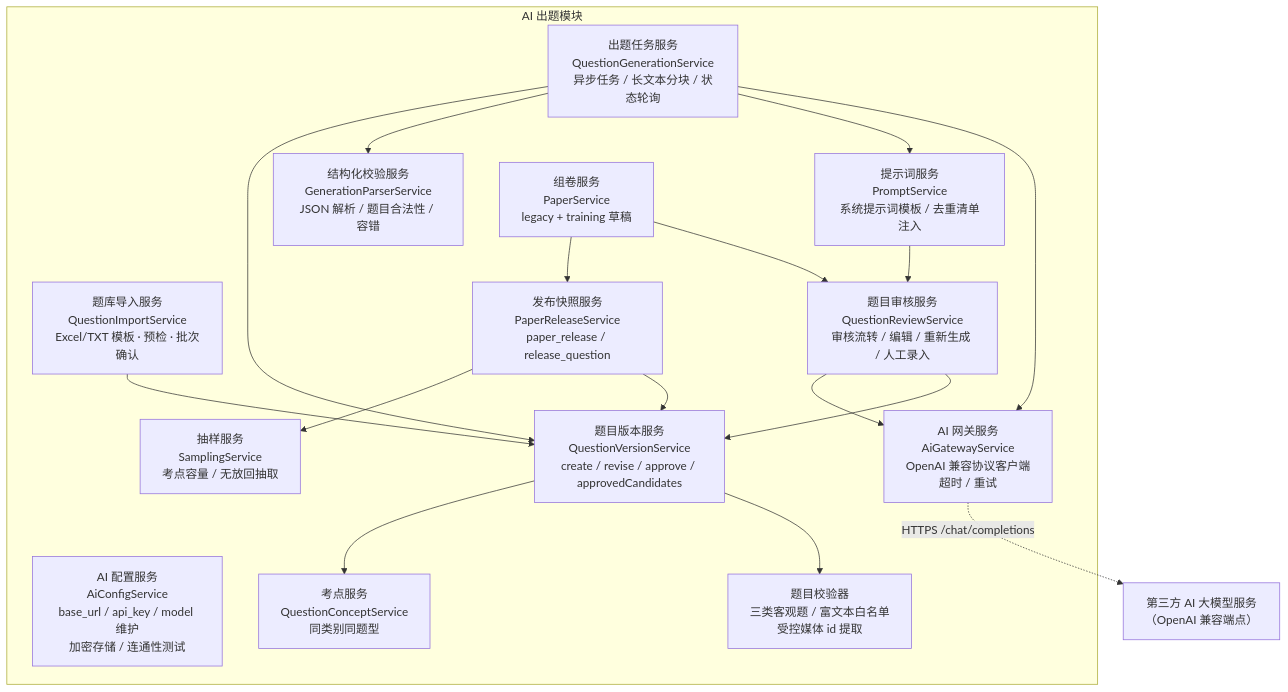
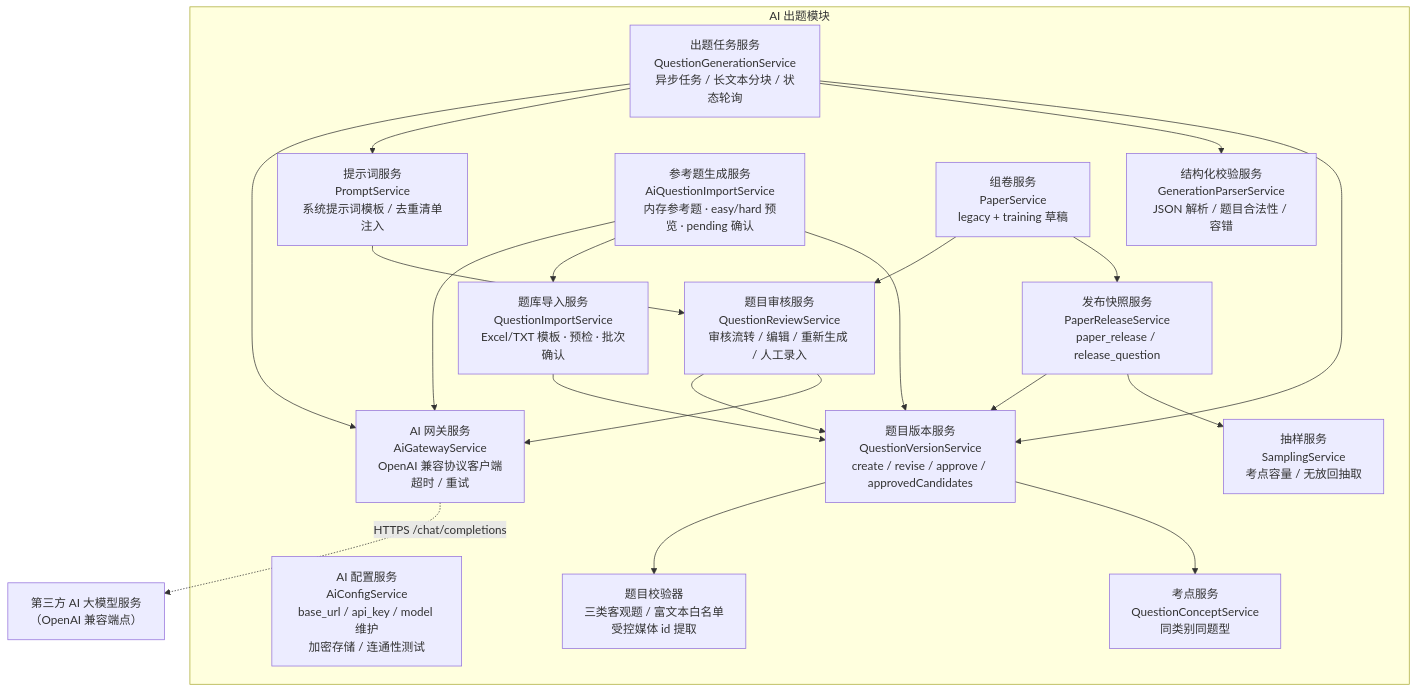
The eighth of 17 diagrams in docs/design/05-模块设计.md (caoguanjie/emodor-exam), drawn with Mermaid before and after one commit. The commit also changed other lines of this file and 93 other files, not shown here.

````diff
--- a/docs/design/05-模块设计.md
+++ b/docs/design/05-模块设计.md
@@ -415,33 +415,37 @@
 ```mermaid
 graph TB
     subgraph MOD3["AI 出题模块"]
         CFG["AI 配置服务<br/>AiConfigService<br/>base_url / api_key / model 维护<br/>加密存储 / 连通性测试"]
         GW["AI 网关服务<br/>AiGatewayService<br/>OpenAI 兼容协议客户端<br/>超时 / 重试"]
         TASK["出题任务服务<br/>QuestionGenerationService<br/>异步任务 / 长文本分块 / 状态轮询"]
         PROMPT["提示词服务<br/>PromptService<br/>系统提示词模板 / 去重清单注入"]
         PARSER["结构化校验服务<br/>GenerationParserService<br/>JSON 解析 / 题目合法性 / 容错"]
         VALIDATOR["题目校验器<br/>三类客观题 / 富文本白名单<br/>受控媒体 id 提取"]
         VERSION["题目版本服务<br/>QuestionVersionService<br/>create / revise / approve / approvedCandidates"]
         CONCEPT["考点服务<br/>QuestionConceptService<br/>同类别同题型"]
         IMPORT["题库导入服务<br/>QuestionImportService<br/>Excel/TXT 模板 · 预检 · 批次确认"]
+        AIIMPORT["参考题生成服务<br/>AiQuestionImportService<br/>内存参考题 · easy/hard 预览 · pending 确认"]
         REVIEW["题目审核服务<br/>QuestionReviewService<br/>审核流转 / 编辑 / 重新生成 / 人工录入"]
         PAPER["组卷服务<br/>PaperService<br/>legacy + training 草稿"]
         RELEASE["发布快照服务<br/>PaperReleaseService<br/>paper_release / release_question"]
         SAMPLE["抽样服务<br/>SamplingService<br/>考点容量 / 无放回抽取"]
     end
     TASK --> GW
     TASK --> PROMPT
     TASK --> PARSER
     TASK --> VERSION
     VERSION --> VALIDATOR
     VERSION --> CONCEPT
     IMPORT --> VERSION
+    AIIMPORT --> GW
+    AIIMPORT --> IMPORT
+    AIIMPORT --> VERSION
     PROMPT --> REVIEW
     REVIEW --> VERSION
     REVIEW --> GW
     PAPER --> REVIEW
     PAPER --> RELEASE
     RELEASE --> VERSION
     RELEASE --> SAMPLE
     GW -.->|"HTTPS /chat/completions"| EXT["第三方 AI 大模型服务<br/>（OpenAI 兼容端点）"]
 ```
````
